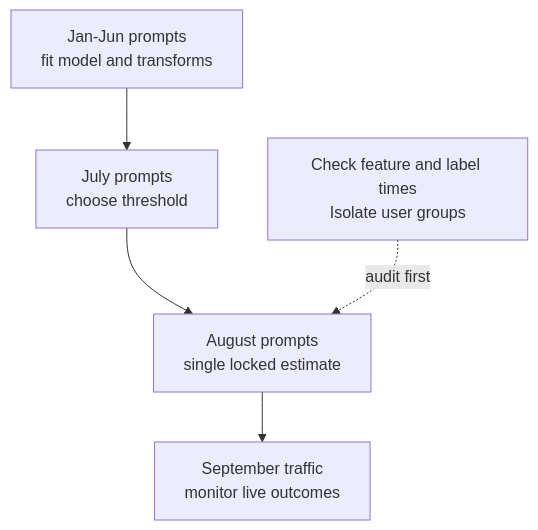
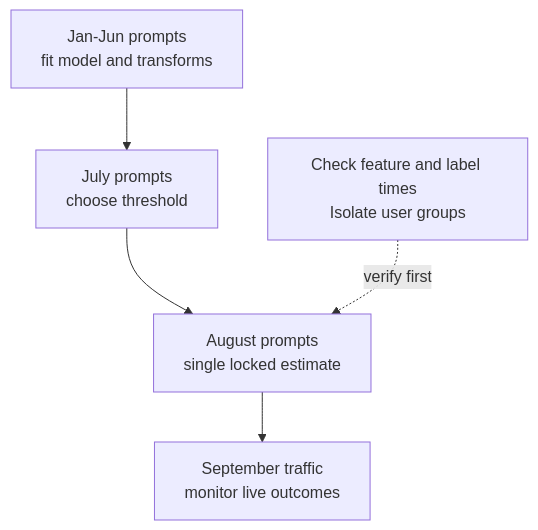
Before and after one commit to bvolpato/leetllm: the diagram in web/src/content/foundations/cross-validation-leakage-generalization/content.md, drawn with Mermaid. The commit also changed other lines of this file and 23 other files, not shown here.

````diff
--- a/web/src/content/foundations/cross-validation-leakage-generalization/content.md
+++ b/web/src/content/foundations/cross-validation-leakage-generalization/content.md
@@ -141,7 +141,7 @@
 ```mermaid
 flowchart TB
     A["Jan-Jun prompts<br/>fit model and transforms"]:::primary --> B["July prompts<br/>choose threshold"]:::warning
     B --> C["August prompts<br/>single locked estimate"]:::success
     C --> D["September traffic<br/>monitor live outcomes"]:::accent
-    E["Check feature and label times<br/>Isolate user groups"]:::danger -. "audit first" .-> C
+    E["Check feature and label times<br/>Isolate user groups"]:::danger -. "verify first" .-> C
 ```
````
